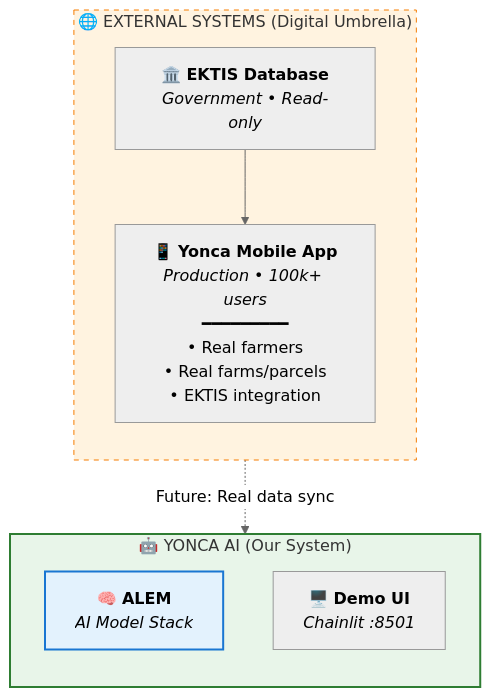
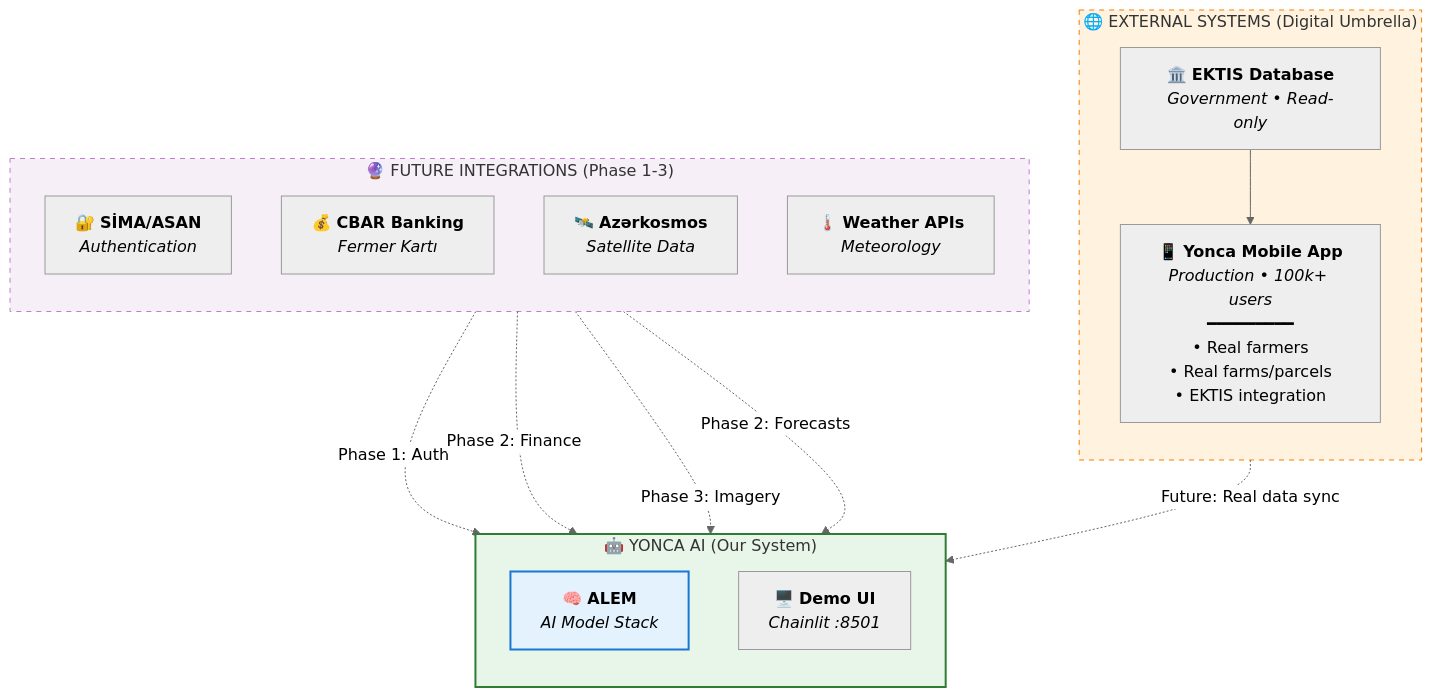
The first of 7 diagrams in docs/zekalab/03-ARCHITECTURE.md (Px8Studio/yonja), drawn with Mermaid before and after one commit. The commit also changed other lines of this file and 4 other files, not shown here.

Commit message:
feat: Add Enterprise Integration Roadmap and Yonca AI Integration Universe documentation

````diff
--- a/docs/zekalab/03-ARCHITECTURE.md
+++ b/docs/zekalab/03-ARCHITECTURE.md
@@ -11,22 +11,36 @@
 ```mermaid
 %%{init: {'theme': 'neutral'}}%%
 flowchart TB
     subgraph external["🌐 EXTERNAL SYSTEMS (Digital Umbrella)"]
         direction TB
         yonca_mobile["📱 <b>Yonca Mobile App</b><br/><i>Production • 100k+ users</i><br/>━━━━━━━━━<br/>• Real farmers<br/>• Real farms/parcels<br/>• EKTIS integration"]
         ektis_db["🏛️ <b>EKTIS Database</b><br/><i>Government • Read-only</i>"]
+    end
+
+    subgraph future_partners["🔮 FUTURE INTEGRATIONS (Phase 1-3)"]
+        direction TB
+        sima["🔐 <b>SİMA/ASAN</b><br/><i>Authentication</i>"]
+        cbar["💰 <b>CBAR Banking</b><br/><i>Fermer Kartı</i>"]
+        azerkosmos["🛰️ <b>Azərkosmos</b><br/><i>Satellite Data</i>"]
+        weather["🌡️ <b>Weather APIs</b><br/><i>Meteorology</i>"]
     end
 
     subgraph our_system["🤖 YONCA AI (Our System)"]
         direction TB
         alem["🧠 <b>ALEM</b><br/><i>AI Model Stack</i>"]
         demo_ui["🖥️ <b>Demo UI</b><br/><i>Chainlit :8501</i>"]
     end
 
     yonca_mobile -.->|"Future: Real data sync"| our_system
     ektis_db --> yonca_mobile
     
+    sima -.->|"Phase 1: Auth"| our_system
+    cbar -.->|"Phase 2: Finance"| our_system
+    azerkosmos -.->|"Phase 3: Imagery"| our_system
+    weather -.->|"Phase 2: Forecasts"| our_system
+    
     style external fill:#fff3e0,stroke:#f57c00,stroke-dasharray: 5 5
+    style future_partners fill:#f3e5f5,stroke:#9c27b0,stroke-dasharray: 5 5,opacity:0.6
     style our_system fill:#e8f5e9,stroke:#2e7d32,stroke-width:2px
     style alem fill:#e3f2fd,stroke:#1976d2,stroke-width:2px
 ```
````
